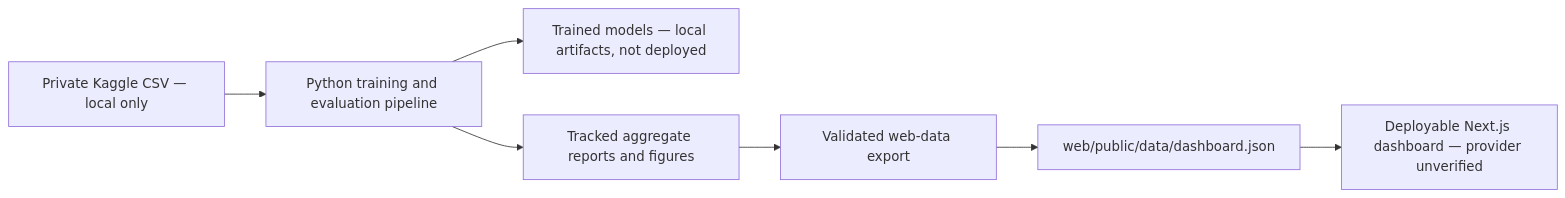
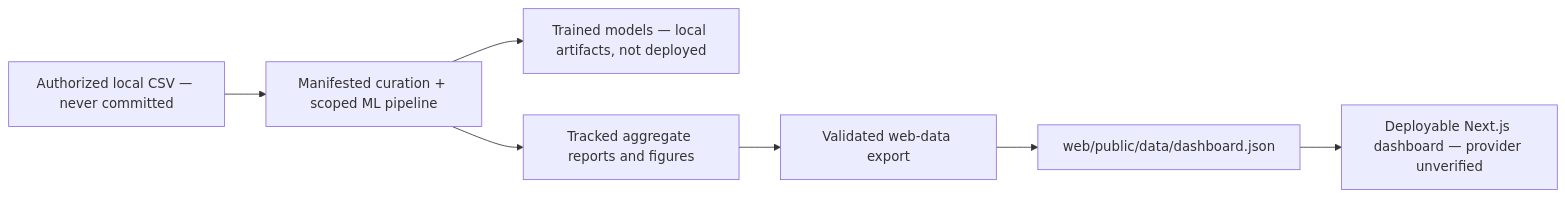
The diagram in README.md (imayankss/SecureSwipe), drawn with Mermaid before and after one commit. The commit also changed other lines of this file and 25 other files, not shown here.

````diff
--- a/README.md
+++ b/README.md
@@ -20,9 +20,9 @@
 ```mermaid
 flowchart LR
-    A["Private Kaggle CSV — local only"] --> B["Python training and evaluation pipeline"]
+    A["Authorized local CSV — never committed"] --> B["Manifested curation + scoped ML pipeline"]
     B --> C["Trained models — local artifacts, not deployed"]
     B --> D["Tracked aggregate reports and figures"]
     D --> E["Validated web-data export"]
     E --> F["web/public/data/dashboard.json"]
     F --> G["Deployable Next.js dashboard — provider unverified"]
 ```
````
